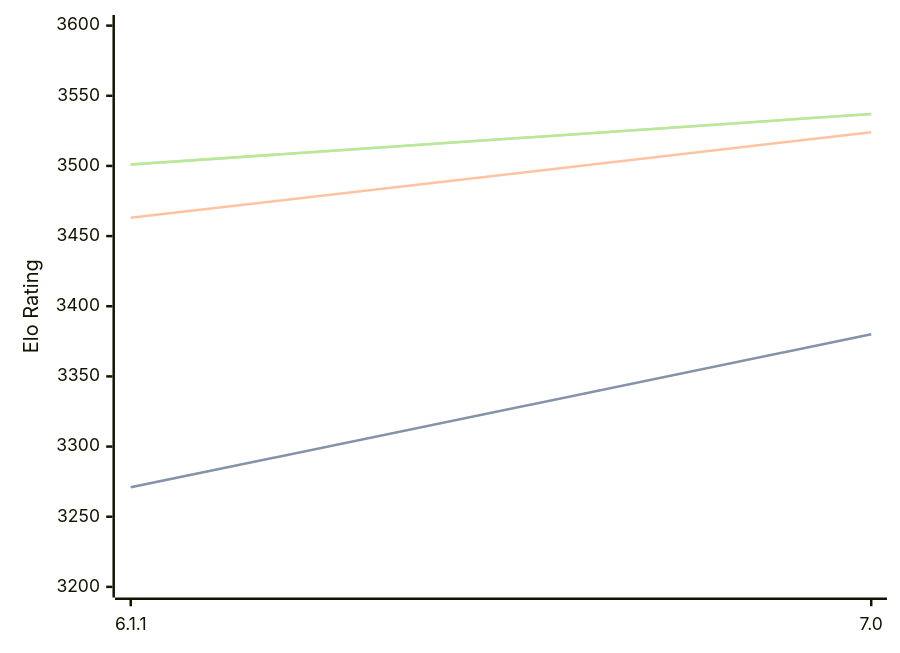
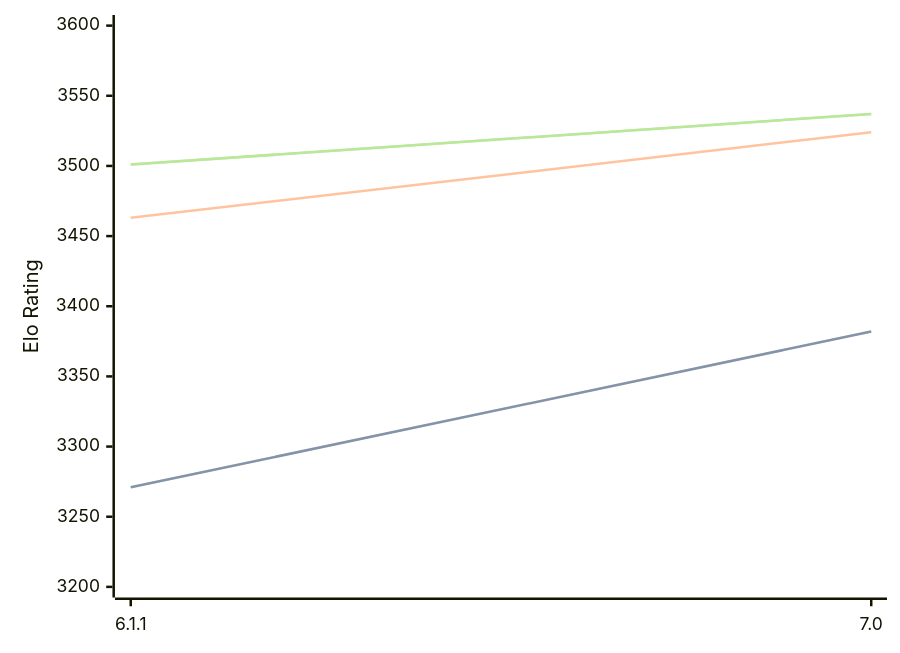
The diagram in engines/Astra.md (computer-chess-index/cci), drawn with Mermaid before and after one commit. The commit also changed other lines of this file, not shown here.

````diff
--- a/engines/Astra.md
+++ b/engines/Astra.md
@@ -32,11 +32,11 @@
 ```mermaid
 %%{init: {"theme":"base","themeVariables":{"seriesColors:['#a3a3a3','#222221','#faa371']}}}%%
 xychart-beta
   x-axis ["6.1.1", "7.0"]
   y-axis "Elo Rating" 3200 --> 3600
-  line "STC (8.0+0.08s)" [3271, 3380]
-  line "STC (8.0+0.08s)" [3271, 3380]
+  line "STC (8.0+0.08s)" [3271, 3382]
+  line "STC (8.0+0.08s)" [3271, 3382]
   line "LTC (60.0+0.60s)" [3463, 3524]
   line "VLTC (2m24s+1.12s)" [3501, 3537]
   line "VLTC (2m24s+1.12s)" [3501, 3537]
 ```
````
